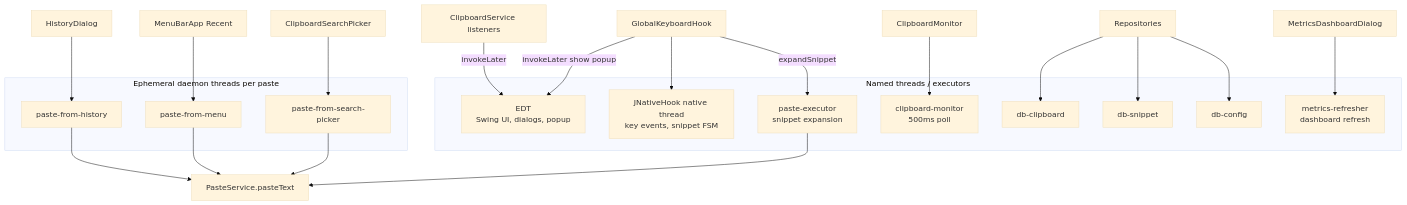
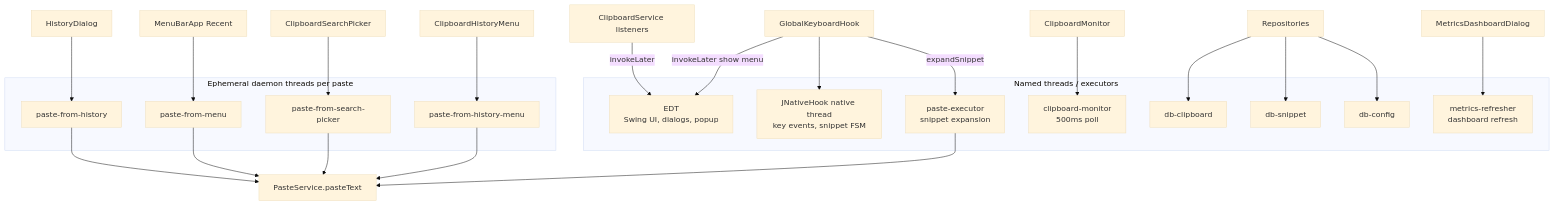
The fourth of 5 diagrams in README.md (Meghna2528/Pasties), drawn with Mermaid (base theme) before and after one commit. The commit also changed other lines of this file and 5 other files, not shown here.

````diff
--- a/README.md
+++ b/README.md
@@ -487,35 +505,37 @@
 ```mermaid
 flowchart TB
     subgraph Threads["Named threads / executors"]
         EDT["EDT<br/>Swing UI, dialogs, popup"]
         JNH["JNativeHook native thread<br/>key events, snippet FSM"]
         PEx["paste-executor<br/>snippet expansion"]
         CMt["clipboard-monitor<br/>500ms poll"]
         DBC["db-clipboard"]
         DBS["db-snippet"]
         DBK["db-config"]
         MR["metrics-refresher<br/>dashboard refresh"]
     end
 
     subgraph Ephemeral["Ephemeral daemon threads per paste"]
+        PHM["paste-from-history-menu"]
         PF["paste-from-search-picker"]
         PM["paste-from-menu"]
         PH["paste-from-history"]
     end
 
     KeyHook["GlobalKeyboardHook"] --> JNH
     KeyHook -->|"expandSnippet"| PEx
-    KeyHook -->|"invokeLater show popup"| EDT
+    KeyHook -->|"invokeLater show menu"| EDT
 
     ClipMon["ClipboardMonitor"] --> CMt
     ClipRepo["Repositories"] --> DBC & DBS & DBK
     PEx --> PasteSvc["PasteService.pasteText"]
 
+    HistoryMenu2["ClipboardHistoryMenu"] --> PHM
     SearchPicker2["ClipboardSearchPicker"] --> PF
     MenuBar["MenuBarApp Recent"] --> PM
     HistDlg["HistoryDialog"] --> PH
-    PF & PM & PH --> PasteSvc
+    PHM & PF & PM & PH --> PasteSvc
 
     ClipSvc["ClipboardService listeners"] -->|"invokeLater"| EDT
     MetricsDlg["MetricsDashboardDialog"] --> MR
 ```
````
